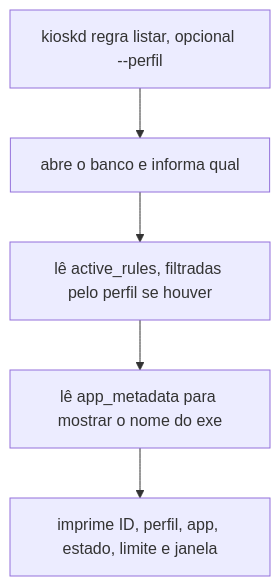
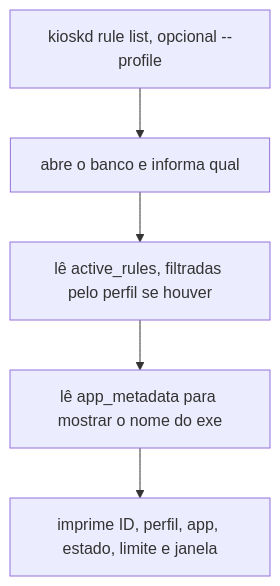
One commit to jefersonlop3s/kiosk-engine changed diagram 17 of 28 in docs/architecture/fluxos-dos-comandos.md. Above: the diagram before and after it, drawn with Mermaid. The commit also changed other lines of this file and 43 other files, not shown here.

````diff
--- a/docs/architecture/fluxos-dos-comandos.md
+++ b/docs/architecture/fluxos-dos-comandos.md
@@ -252,7 +252,7 @@
 ```mermaid
 flowchart TD
-    A["kioskd regra listar, opcional --perfil"] --> B["abre o banco e informa qual"]
+    A["kioskd rule list, opcional --profile"] --> B["abre o banco e informa qual"]
     B --> C["lê active_rules, filtradas pelo perfil se houver"]
     C --> D["lê app_metadata para mostrar o nome do exe"]
     D --> E["imprime ID, perfil, app, estado, limite e janela"]
 ```
````
